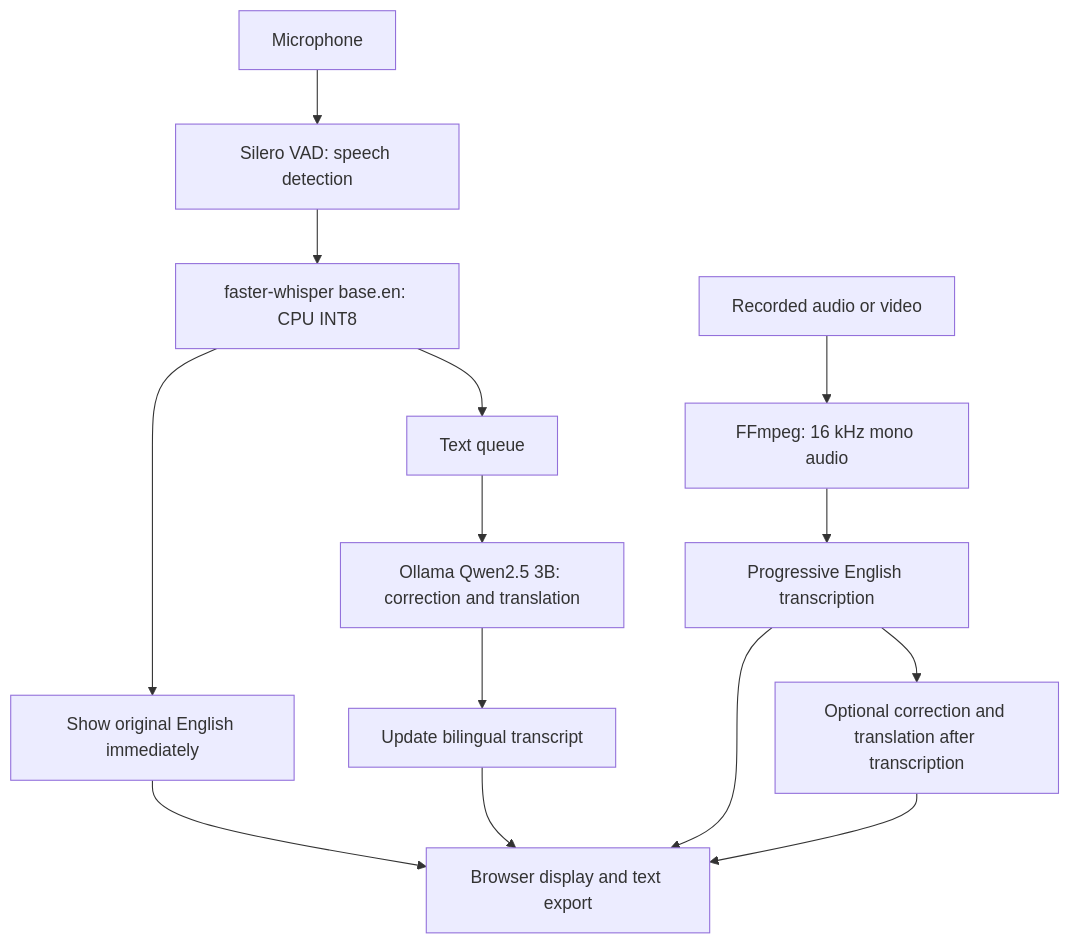
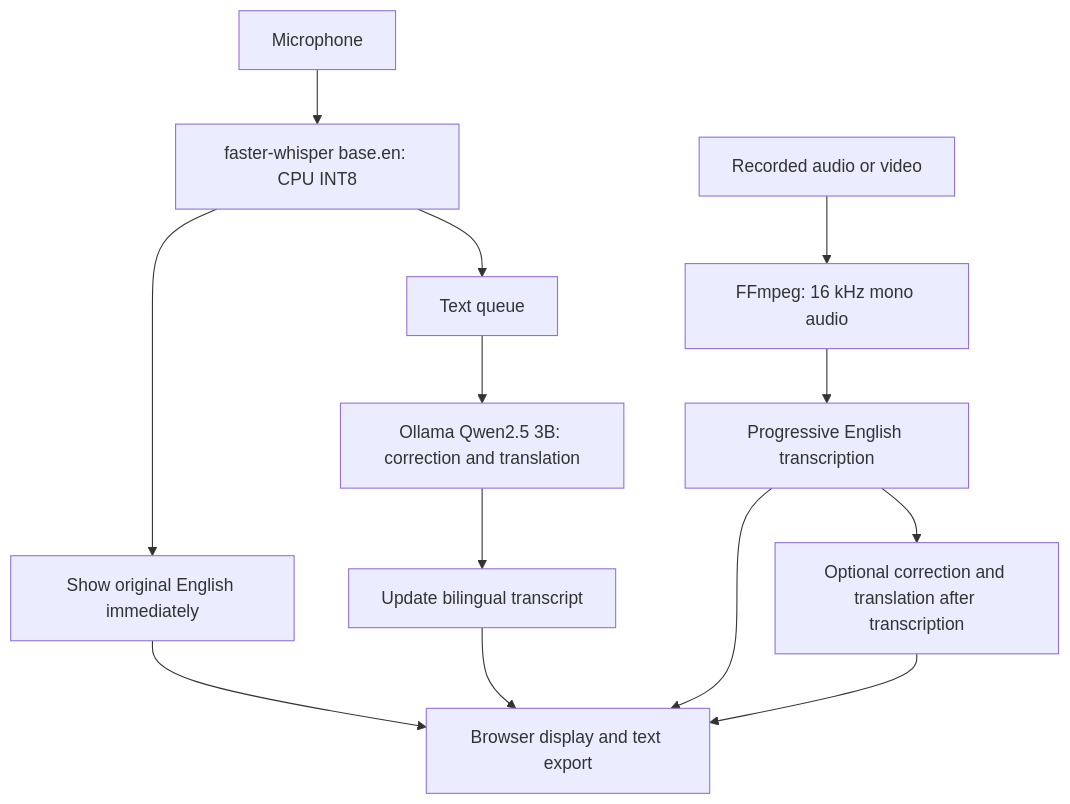
One commit to jerrychan54321-coder/live-transcription-group-project changed the diagram in README.md. Above: the diagram before and after it, drawn with Mermaid.

Commit message:
Update architecture diagram in README.md

````diff
--- a/README.md
+++ b/README.md
@@ -33,16 +33,17 @@
 ```mermaid
 flowchart TD
-    A[Microphone] --> B[Silero VAD: speech detection]
-    B --> C[faster-whisper base.en: CPU INT8]
+    A[Microphone] --> C[faster-whisper base.en: CPU INT8]
     C --> D[Show original English immediately]
     C --> E[Text queue]
     E --> F[Ollama Qwen2.5 3B: correction and translation]
     F --> G[Update bilingual transcript]
+
     H[Recorded audio or video] --> I[FFmpeg: 16 kHz mono audio]
     I --> J[Progressive English transcription]
     J --> K[Optional correction and translation after transcription]
+
     D --> L[Browser display and text export]
     G --> L
     J --> L
     K --> L
 ```
````
